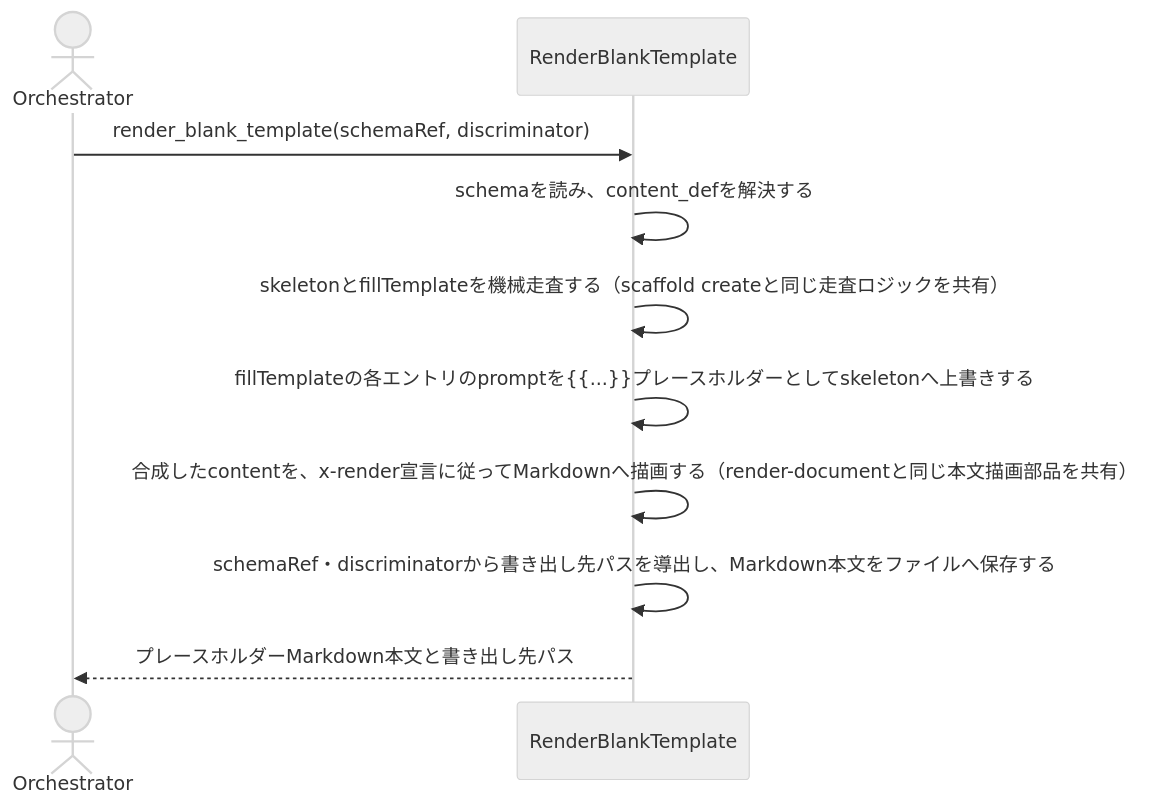
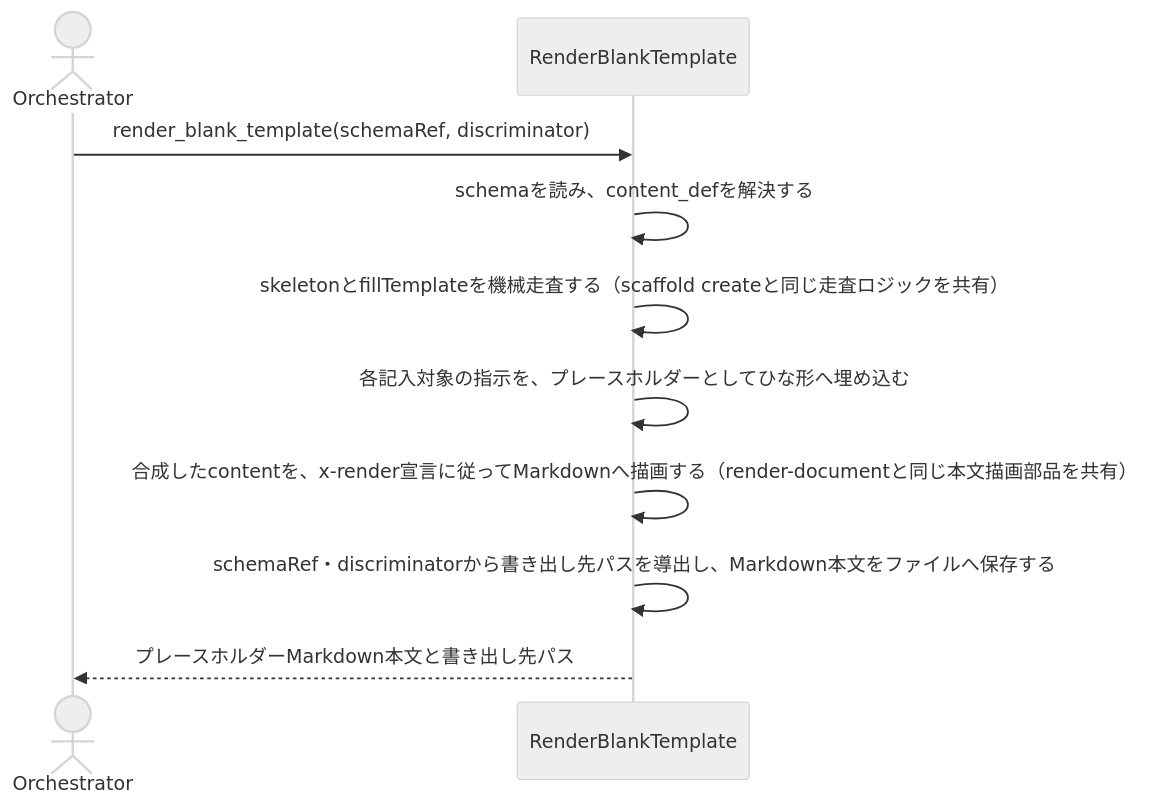
One commit to daidaiiro-519/waffle changed the diagram in .waffle/specs/bc-waffle/subdomain/sd-document-management/usecase/uc-render-blank-template.md. Above: the diagram before and after it, drawn with Mermaid (neutral theme). The commit also changed other lines of this file and 35 other files, not shown here.

````diff
--- a/.waffle/specs/bc-waffle/subdomain/sd-document-management/usecase/uc-render-blank-template.md
+++ b/.waffle/specs/bc-waffle/subdomain/sd-document-management/usecase/uc-render-blank-template.md
@@ -53,11 +53,11 @@
 ```mermaid
 sequenceDiagram
     actor Orchestrator
     Orchestrator->>RenderBlankTemplate: render_blank_template(schemaRef, discriminator)
     RenderBlankTemplate->>RenderBlankTemplate: schemaを読み、content_defを解決する
     RenderBlankTemplate->>RenderBlankTemplate: skeletonとfillTemplateを機械走査する（scaffold createと同じ走査ロジックを共有）
-    RenderBlankTemplate->>RenderBlankTemplate: fillTemplateの各エントリのpromptを{{...}}プレースホルダーとしてskeletonへ上書きする
+    RenderBlankTemplate->>RenderBlankTemplate: 各記入対象の指示を、プレースホルダーとしてひな形へ埋め込む
     RenderBlankTemplate->>RenderBlankTemplate: 合成したcontentを、x-render宣言に従ってMarkdownへ描画する（render-documentと同じ本文描画部品を共有）
     RenderBlankTemplate->>RenderBlankTemplate: schemaRef・discriminatorから書き出し先パスを導出し、Markdown本文をファイルへ保存する
     RenderBlankTemplate-->>Orchestrator: プレースホルダーMarkdown本文と書き出し先パス
 ```
````
